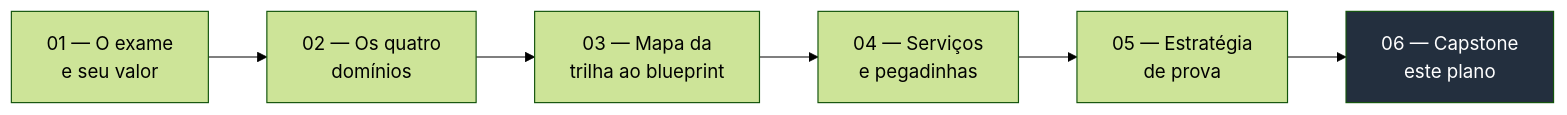
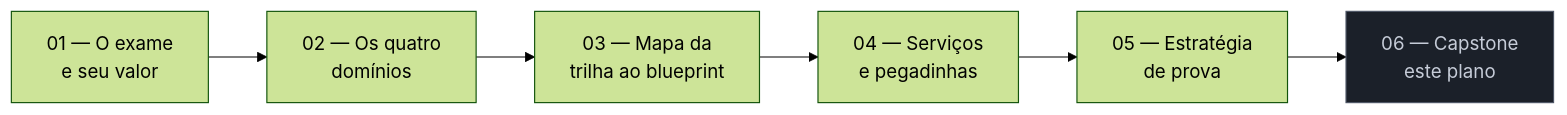
One commit to josenaldo/codex-technomanticus changed the first of 2 diagrams in 03-Dominios/Tecnologia/Cloud/24 - Certificação AWS Solutions Architect Associate/06 - Capstone — plano de estudo para o SAA-C03.md. Above: the diagram before and after it, drawn with Mermaid (forest theme). The commit also changed 1181 other files, not shown here.

First line of the commit message:
fix(diagramas): paleta do sistema no lugar de cor cravada no markdown

````diff
--- a/03-Dominios/Tecnologia/Cloud/24 - Certificação AWS Solutions Architect Associate/06 - Capstone — plano de estudo para o SAA-C03.md
+++ b/03-Dominios/Tecnologia/Cloud/24 - Certificação AWS Solutions Architect Associate/06 - Capstone — plano de estudo para o SAA-C03.md
@@ -32,10 +32,11 @@
 ```mermaid
 flowchart LR
+    classDef neutro fill:#1B2029,stroke:#4E5666,color:#C6CCD8
     N1["01 — O exame<br/>e seu valor"] --> N2["02 — Os quatro<br/>domínios"]
     N2 --> N3["03 — Mapa da<br/>trilha ao blueprint"]
     N3 --> N4["04 — Serviços<br/>e pegadinhas"]
     N4 --> N5["05 — Estratégia<br/>de prova"]
     N5 --> N6["06 — Capstone<br/>este plano"]
 
-    style N6 fill:#232f3e,color:#fff
+    class N6 neutro
 ```
````
